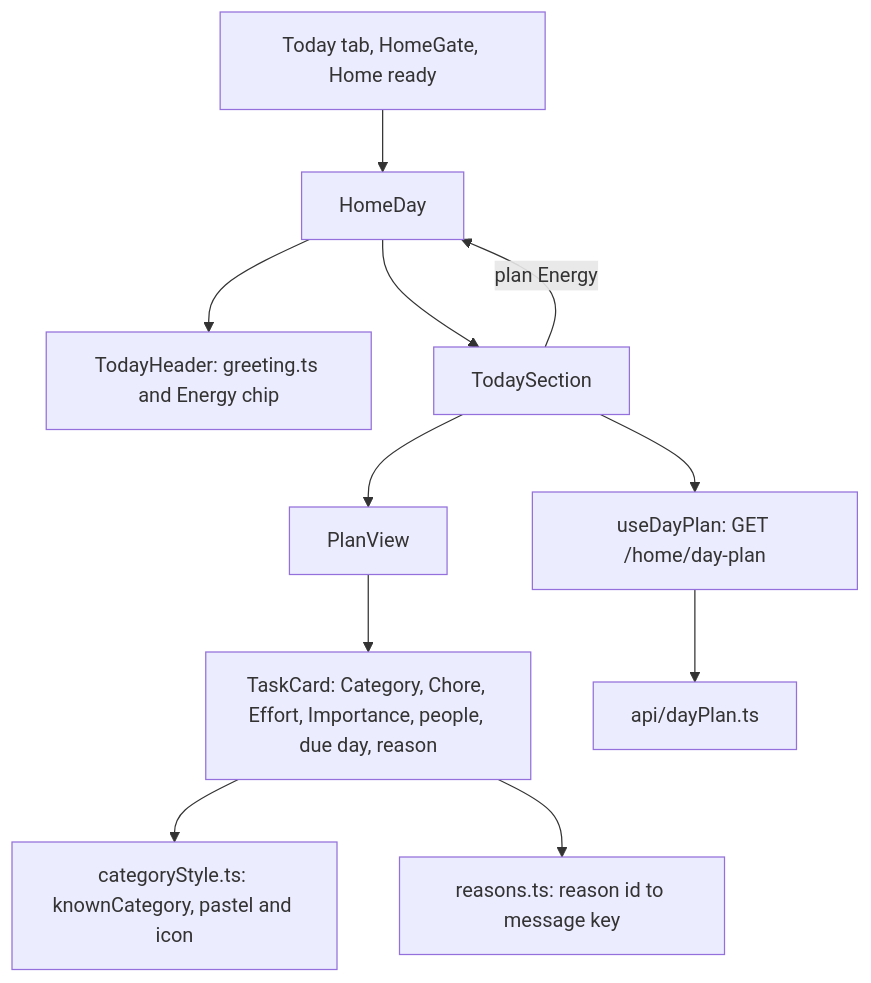
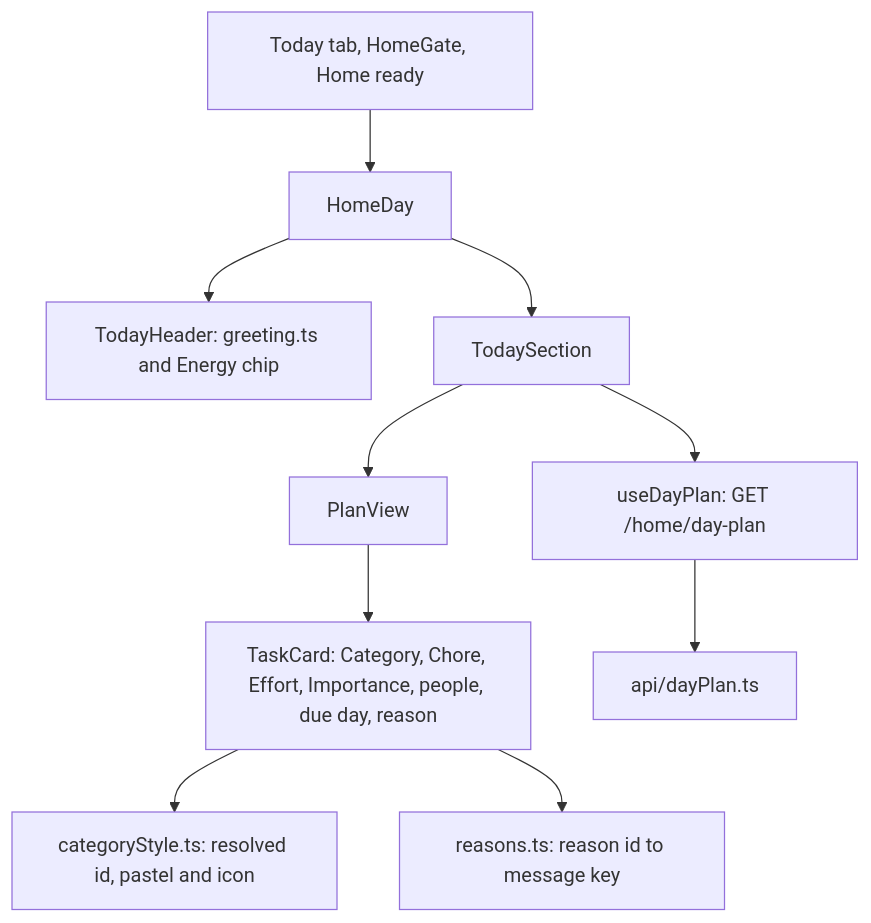
The eighth of 10 diagrams in docs/architecture/web.md (AbnerWillclefy/Homeowner), drawn with Mermaid before and after one commit. The commit also changed other lines of this file and 10 other files, not shown here.

Commit message:
refactor(web): give the day plan one owner and resolve the category once

````diff
--- a/docs/architecture/web.md
+++ b/docs/architecture/web.md
@@ -311,13 +311,12 @@
 ```mermaid
 flowchart TD
     HS[Today tab, HomeGate, Home ready] --> HD[HomeDay]
     HD --> TH[TodayHeader: greeting.ts and Energy chip]
     HD --> TS[TodaySection]
     TS --> UD[useDayPlan: GET /home/day-plan]
     TS --> PV[PlanView]
     PV --> TC[TaskCard: Category, Chore, Effort, Importance, people, due day, reason]
-    TC --> CS[categoryStyle.ts: knownCategory, pastel and icon]
+    TC --> CS[categoryStyle.ts: resolved id, pastel and icon]
     TC --> R[reasons.ts: reason id to message key]
     UD --> API[api/dayPlan.ts]
-    TS -->|plan Energy| HD
 ```
````
